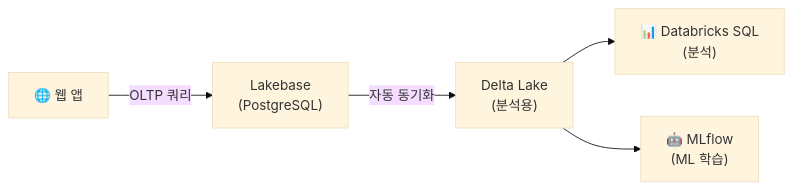
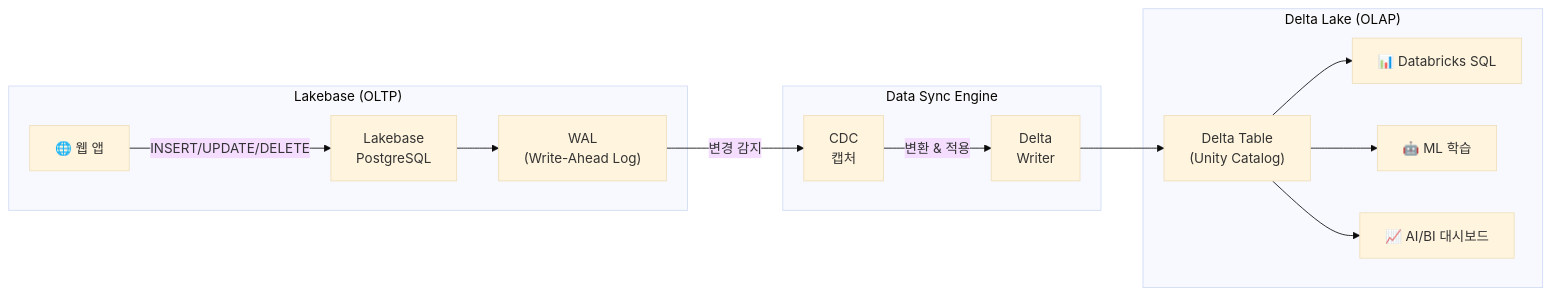
The first of 2 diagrams in 11-lakebase/data-sync.md (SimyungYang/simyung-dbx-training), drawn with Mermaid (base theme) before and after one commit. The commit also changed other lines of this file and 37 other files, not shown here.

````diff
--- a/11-lakebase/data-sync.md
+++ b/11-lakebase/data-sync.md
@@ -7,7 +22,19 @@
 ```mermaid
 graph LR
-    APP["🌐 웹 앱"] -->|"OLTP 쿼리"| LB["Lakebase<br/>(PostgreSQL)"]
-    LB -->|"자동 동기화"| DL["Delta Lake<br/>(분석용)"]
-    DL --> SQL["📊 Databricks SQL<br/>(분석)"]
-    DL --> ML["🤖 MLflow<br/>(ML 학습)"]
+    subgraph OLTP["Lakebase (OLTP)"]
+        APP["🌐 웹 앱"] -->|"INSERT/UPDATE/DELETE"| LB["Lakebase<br/>PostgreSQL"]
+        LB --> WAL["WAL<br/>(Write-Ahead Log)"]
+    end
+
+    subgraph SYNC["Data Sync Engine"]
+        WAL -->|"변경 감지"| CDC["CDC<br/>캡처"]
+        CDC -->|"변환 & 적용"| WRITER["Delta<br/>Writer"]
+    end
+
+    subgraph OLAP["Delta Lake (OLAP)"]
+        WRITER --> DT["Delta Table<br/>(Unity Catalog)"]
+        DT --> SQL["📊 Databricks SQL"]
+        DT --> ML["🤖 ML 학습"]
+        DT --> BI["📈 AI/BI 대시보드"]
+    end
 ```
````
